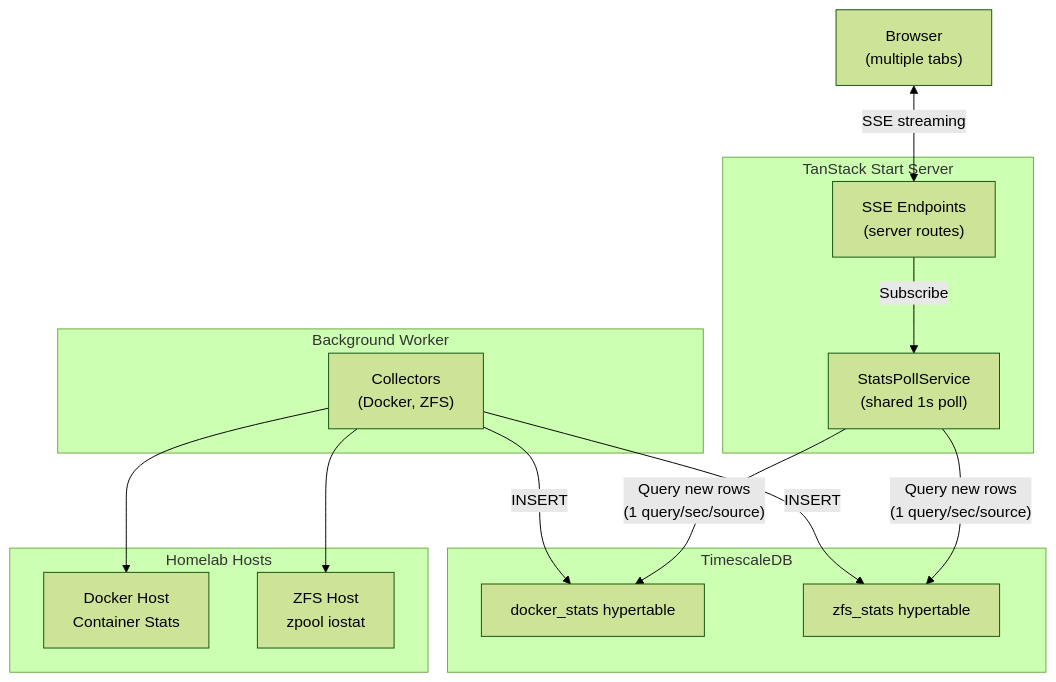
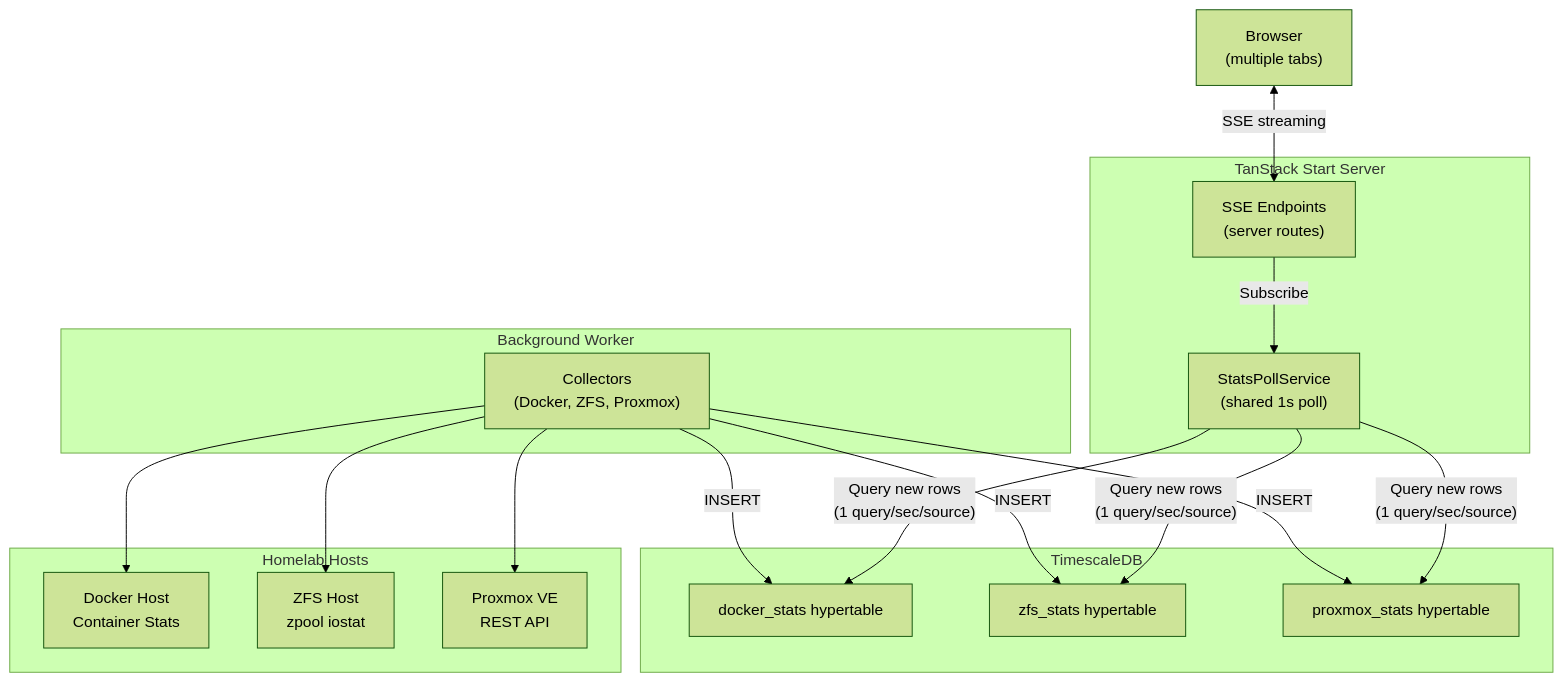
Before and after one commit to jaredglaser/homelab-manager: the first of 3 diagrams in docs/architecture.md, drawn with Mermaid (forest theme). The commit also changed other lines of this file and 32 other files, not shown here.

First line of the commit message:
Migrate Proxmox stats to worker/DB pipeline

````diff
--- a/docs/architecture.md
+++ b/docs/architecture.md
@@ -5,32 +5,37 @@
 ```mermaid
 graph TD
     Browser["Browser<br/>(multiple tabs)"]
 
     subgraph TanStack_Start["TanStack Start Server"]
         SSE["SSE Endpoints<br/>(server routes)"]
         PollSvc["StatsPollService<br/>(shared 1s poll)"]
     end
 
     subgraph Database["TimescaleDB"]
         DockerTable["docker_stats hypertable"]
         ZFSTable["zfs_stats hypertable"]
+        ProxmoxTable["proxmox_stats hypertable"]
     end
 
     subgraph Worker["Background Worker"]
-        Collectors["Collectors<br/>(Docker, ZFS)"]
+        Collectors["Collectors<br/>(Docker, ZFS, Proxmox)"]
     end
 
     subgraph Hosts["Homelab Hosts"]
         DockerHost["Docker Host<br/>Container Stats"]
         ZFSHost["ZFS Host<br/>zpool iostat"]
+        ProxmoxHost["Proxmox VE<br/>REST API"]
     end
 
     Browser <-->|"SSE streaming"| SSE
     SSE -->|"Subscribe"| PollSvc
     PollSvc -->|"Query new rows<br/>(1 query/sec/source)"| DockerTable
     PollSvc -->|"Query new rows<br/>(1 query/sec/source)"| ZFSTable
+    PollSvc -->|"Query new rows<br/>(1 query/sec/source)"| ProxmoxTable
     Collectors -->|"INSERT"| DockerTable
     Collectors -->|"INSERT"| ZFSTable
+    Collectors -->|"INSERT"| ProxmoxTable
     Collectors --> DockerHost
     Collectors --> ZFSHost
+    Collectors --> ProxmoxHost
 ```
````
